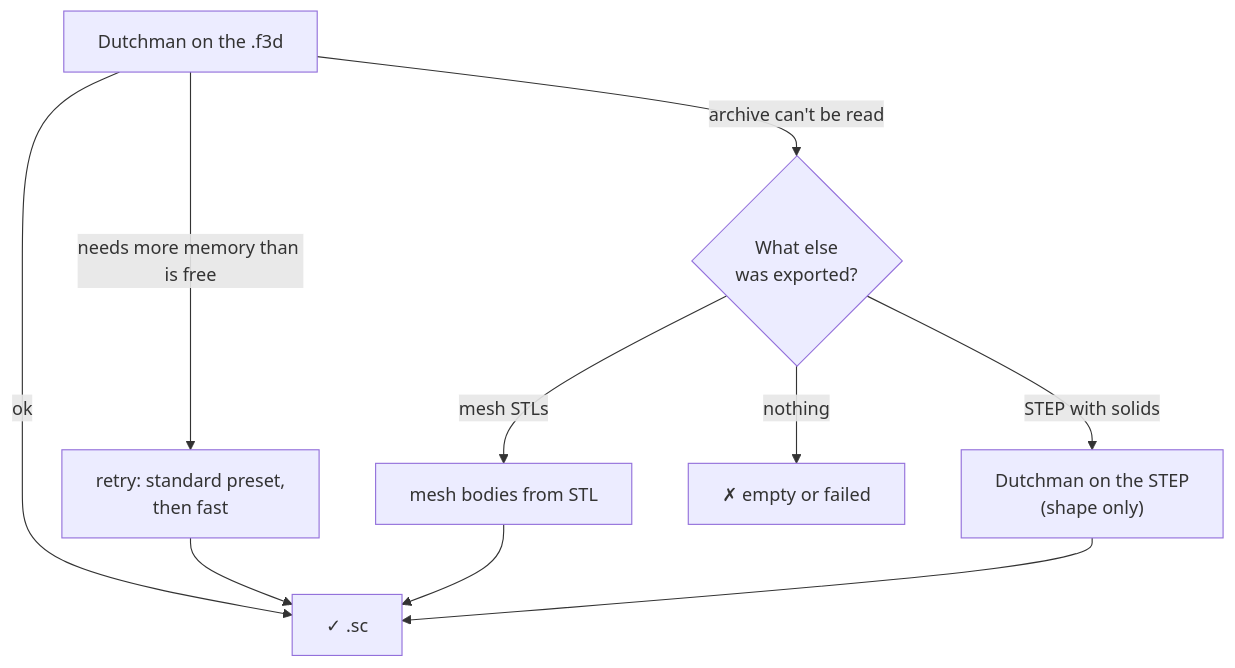
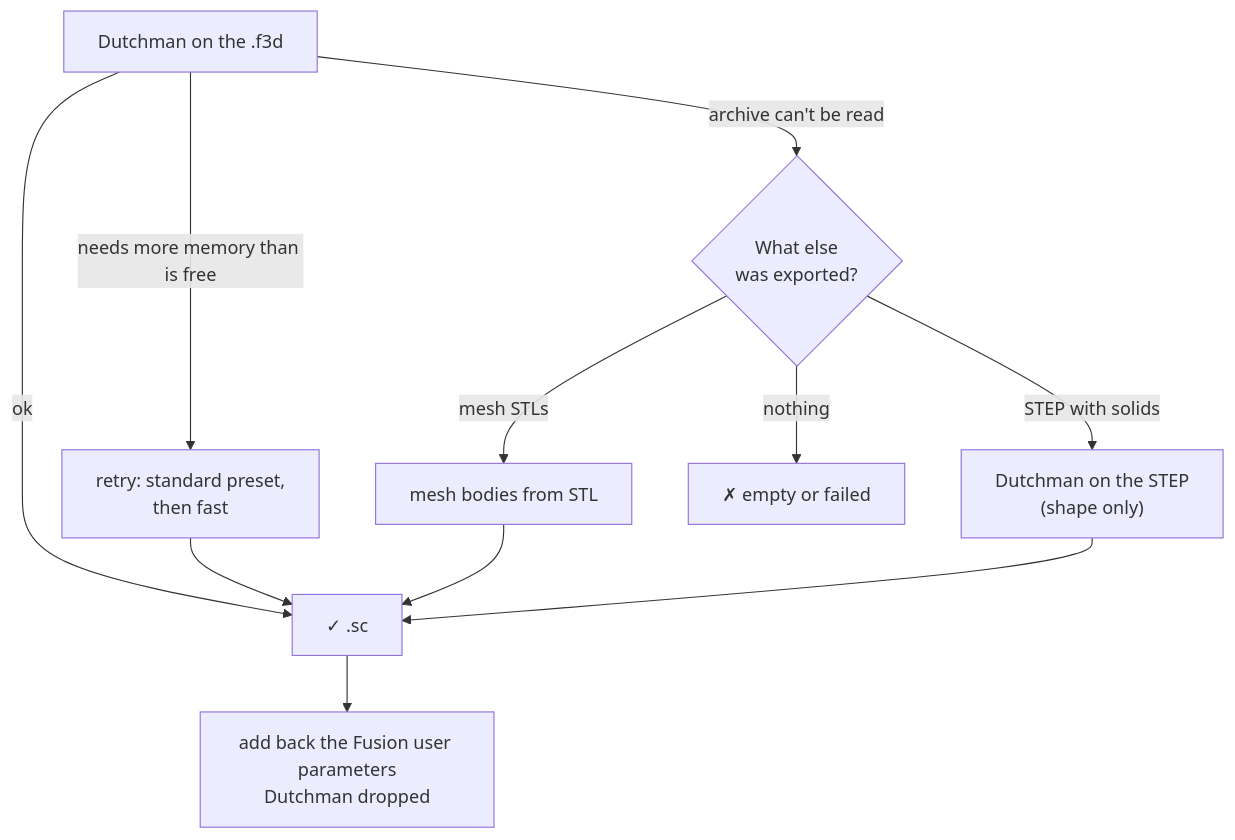
One commit to declanshanaghy/fusion-to-solidcraft changed the fourth of 4 diagrams in README.md. Above: the diagram before and after it, drawn with Mermaid. The commit also changed other lines of this file and 7 other files, not shown here.

First line of the commit message:
migrate: restore dropped parameters, fix verify, add conversion report

````diff
--- a/README.md
+++ b/README.md
@@ -126,9 +126,10 @@
 ```mermaid
 flowchart TD
   A["Dutchman on the .f3d"] -->|ok| OK["✓ .sc"]
   A -->|"needs more memory than is free"| B["retry: standard preset,<br/>then fast"] --> OK
   A -->|"archive can't be read"| C{"What else<br/>was exported?"}
   C -->|"mesh STLs"| MS["mesh bodies from STL"] --> OK
   C -->|"STEP with solids"| ST["Dutchman on the STEP<br/>(shape only)"] --> OK
   C -->|"nothing"| E["✗ empty or failed"]
+  OK --> P["add back the Fusion user parameters<br/>Dutchman dropped"]
 ```
````
